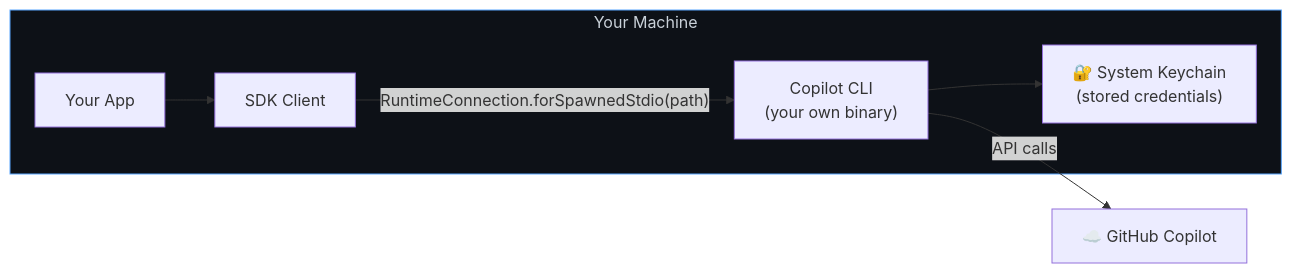
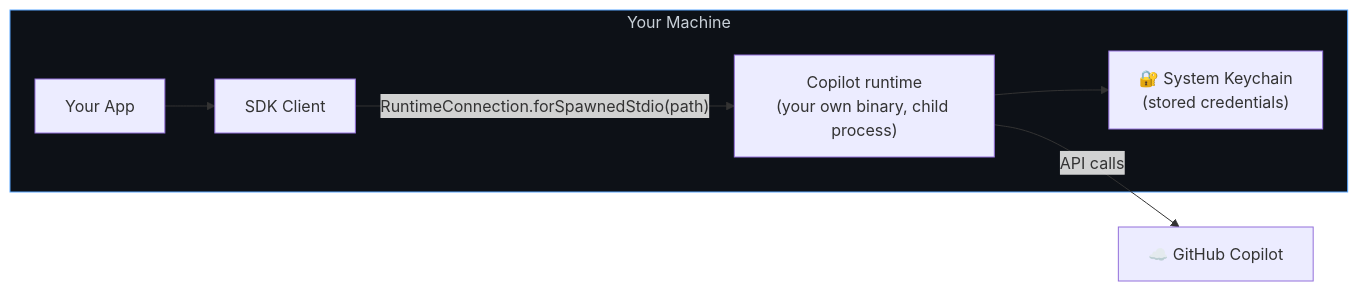
Before and after one commit to jeremiahjordanisaacson/copilot-sdk-supercharged: the diagram in docs/setup/local-cli.md, drawn with Mermaid. The commit also changed other lines of this file and 35 other files, not shown here.

````diff
--- a/docs/setup/local-cli.md
+++ b/docs/setup/local-cli.md
@@ -11,11 +18,11 @@
 ```mermaid
 flowchart LR
     subgraph YourMachine["Your Machine"]
         App["Your App"] --> SDK["SDK Client"]
-        SDK -- "RuntimeConnection.forSpawnedStdio(path)" --> CLI["Copilot CLI<br/>(your own binary)"]
-        CLI --> Keychain["🔐 System Keychain<br/>(stored credentials)"]
+        SDK -- "RuntimeConnection.forSpawnedStdio(path)" --> Runtime["Copilot runtime<br/>(your own binary, child process)"]
+        Runtime --> Keychain["🔐 System Keychain<br/>(stored credentials)"]
     end
-    CLI -- "API calls" --> Copilot["☁️ GitHub Copilot"]
+    Runtime -- "API calls" --> Copilot["☁️ GitHub Copilot"]
 
     style YourMachine fill:#0d1117,stroke:#58a6ff,color:#c9d1d9
 ```
````
